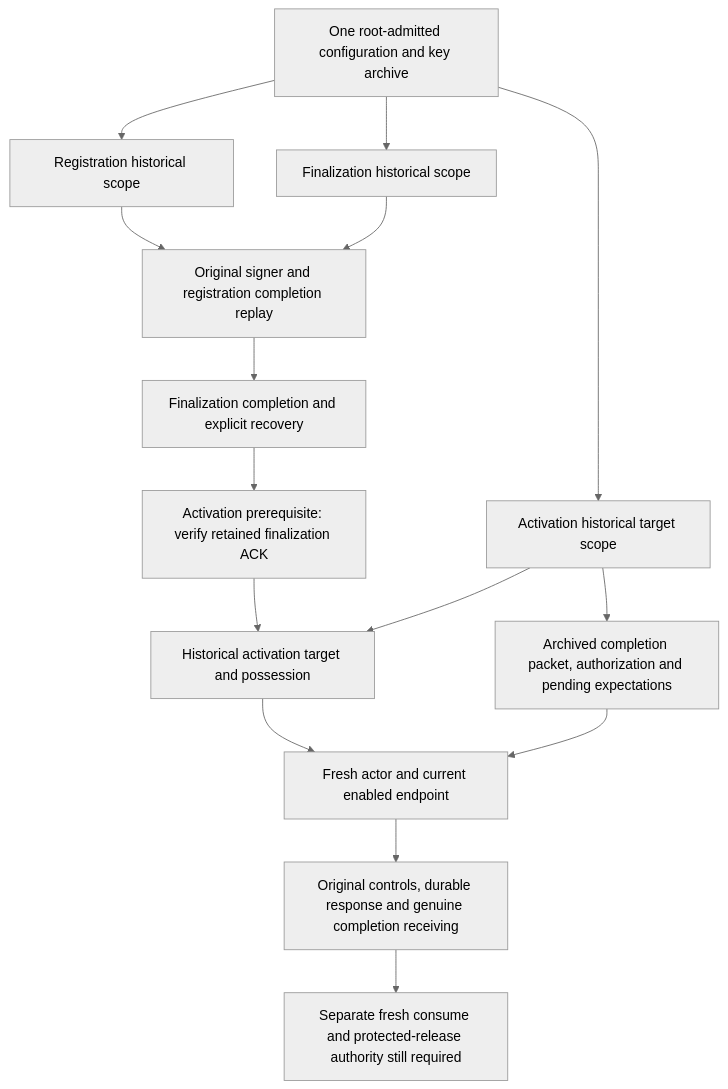
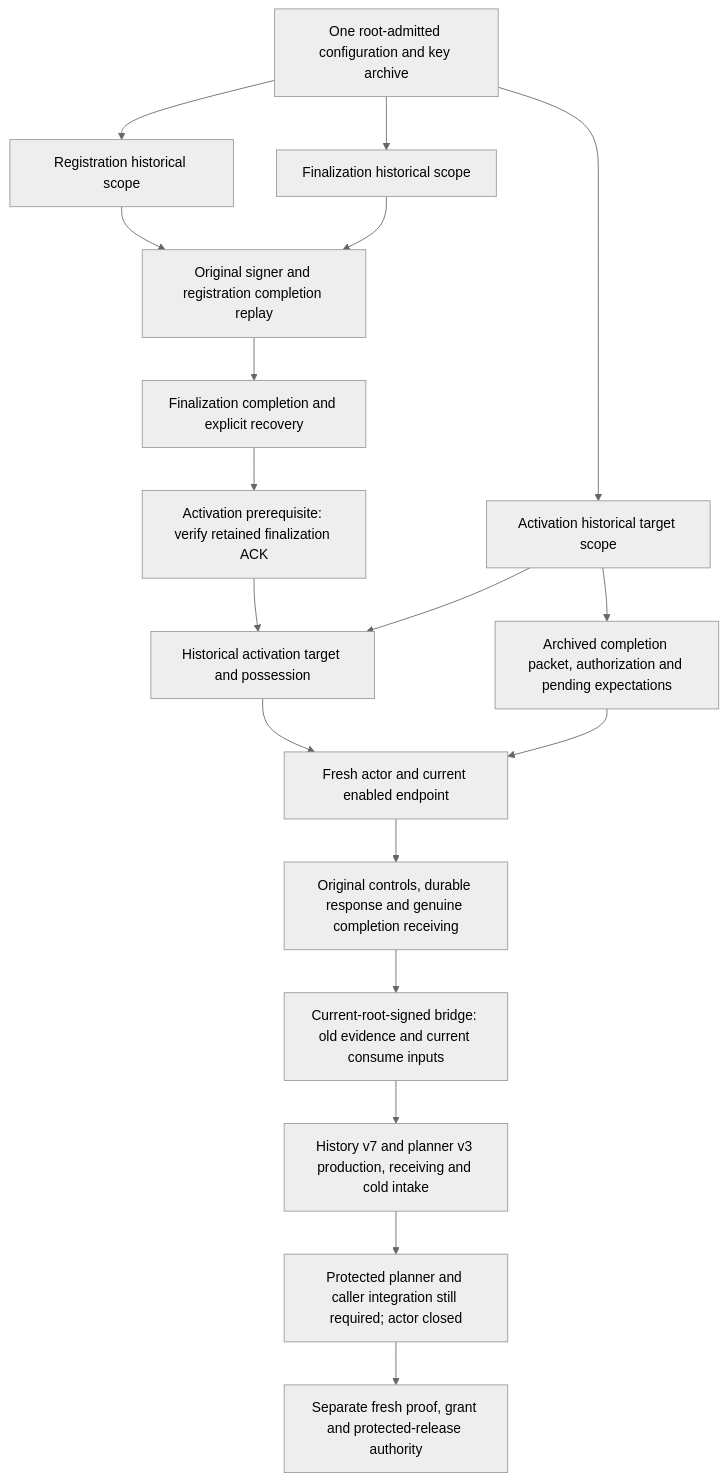
The diagram in docs/historical-authority-resolution.md (AndrewMohawk/catchplate), drawn with Mermaid (neutral theme) before and after one commit. The commit also changed other lines of this file and 29 other files, not shown here.

Commit message:
feat(auth): bridge historical activation evidence to current consume inputs

````diff
--- a/docs/historical-authority-resolution.md
+++ b/docs/historical-authority-resolution.md
@@ -135,17 +149,20 @@
 ```mermaid
 flowchart TD
     A[One root-admitted configuration and key archive] --> R[Registration historical scope]
     A --> F[Finalization historical scope]
     A --> H[Activation historical target scope]
     R --> V[Original signer and registration completion replay]
     F --> V
     V --> C[Finalization completion and explicit recovery]
     C --> P[Activation prerequisite: verify retained finalization ACK]
     P --> T[Historical activation target and possession]
     H --> T
     H --> E[Archived completion packet, authorization and pending expectations]
     T --> N[Fresh actor and current enabled endpoint]
     E --> N
     N --> Q[Original controls, durable response and genuine completion receiving]
-    Q --> D[Separate fresh consume and protected-release authority still required]
+    Q --> B[Current-root-signed bridge: old evidence and current consume inputs]
+    B --> I[History v7 and planner v3 production, receiving and cold intake]
+    I --> D[Protected planner and caller integration still required; actor closed]
+    D --> L[Separate fresh proof, grant and protected-release authority]
 ```
````
